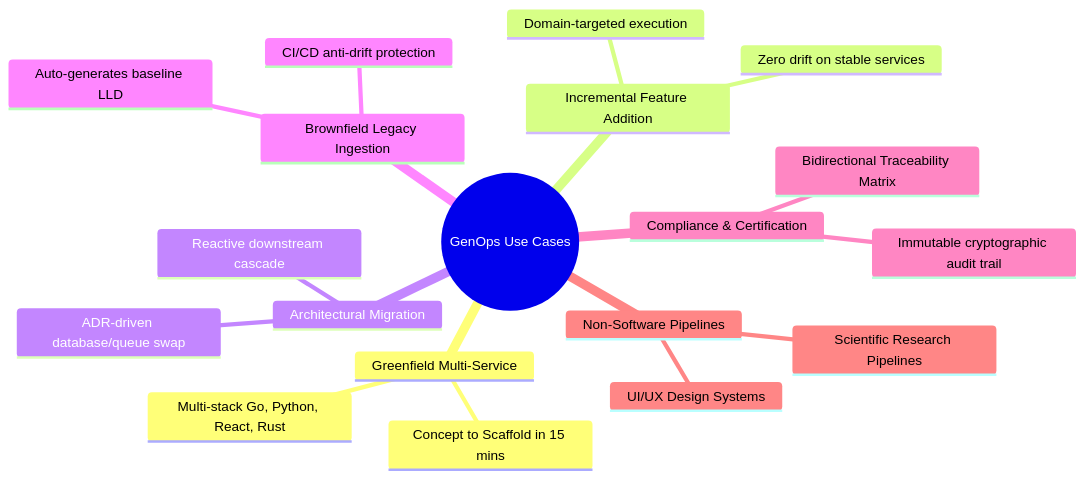
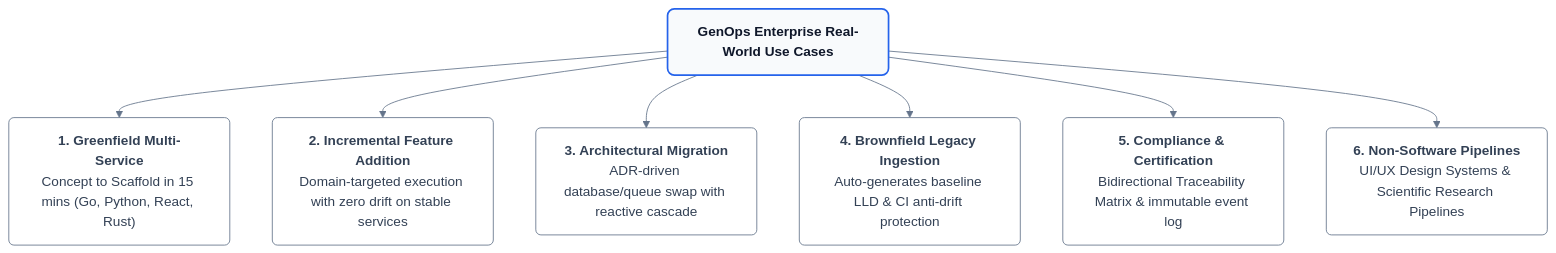
The second of 8 diagrams in docs/guides/USE_CASES_AND_WORKFLOWS.md (seismael/GenOps), drawn with Mermaid before and after one commit. The commit also changed other lines of this file and 2 other files, not shown here.

Commit message:
docs: establish ContextOps architecture with RFC-001 and documentation for usage workflows and project overview.

````diff
--- a/docs/guides/USE_CASES_AND_WORKFLOWS.md
+++ b/docs/guides/USE_CASES_AND_WORKFLOWS.md
@@ -41,22 +42,24 @@
 ```mermaid
-mindmap
-  root((GenOps Use Cases))
-    Greenfield Multi-Service
-      Concept to Scaffold in 15 mins
-      Multi-stack Go, Python, React, Rust
-    Incremental Feature Addition
-      Domain-targeted execution
-      Zero drift on stable services
-    Architectural Migration
-      ADR-driven database/queue swap
-      Reactive downstream cascade
-    Brownfield Legacy Ingestion
-      Auto-generates baseline LLD
-      CI/CD anti-drift protection
-    Compliance & Certification
-      Bidirectional Traceability Matrix
-      Immutable cryptographic audit trail
-    Non-Software Pipelines
-      UI/UX Design Systems
-      Scientific Research Pipelines
+%%{init: {'theme': 'base', 'themeVariables': { 'fontFamily': 'Inter, system-ui, sans-serif', 'lineColor': '#64748b', 'primaryTextColor': '#0f172a' }}}%%
+flowchart TB
+    ROOT["<b>GenOps Enterprise Real-World Use Cases</b>"]
+    
+    UC1["<b>1. Greenfield Multi-Service</b><br/>Concept to Scaffold in 15 mins (Go, Python, React, Rust)"]
+    UC2["<b>2. Incremental Feature Addition</b><br/>Domain-targeted execution with zero drift on stable services"]
+    UC3["<b>3. Architectural Migration</b><br/>ADR-driven database/queue swap with reactive cascade"]
+    UC4["<b>4. Brownfield Legacy Ingestion</b><br/>Auto-generates baseline LLD & CI anti-drift protection"]
+    UC5["<b>5. Compliance & Certification</b><br/>Bidirectional Traceability Matrix & immutable event log"]
+    UC6["<b>6. Non-Software Pipelines</b><br/>UI/UX Design Systems & Scientific Research Pipelines"]
+
+    ROOT --> UC1
+    ROOT --> UC2
+    ROOT --> UC3
+    ROOT --> UC4
+    ROOT --> UC5
+    ROOT --> UC6
+
+    classDef rootBox fill:#f8fafc,stroke:#2563eb,stroke-width:2px,color:#0f172a,rx:8px,ry:8px;
+    classDef leafBox fill:#ffffff,stroke:#64748b,stroke-width:1px,color:#334155,rx:6px,ry:6px;
+    class ROOT rootBox;
+    class UC1,UC2,UC3,UC4,UC5,UC6 leafBox;
 ```
````
